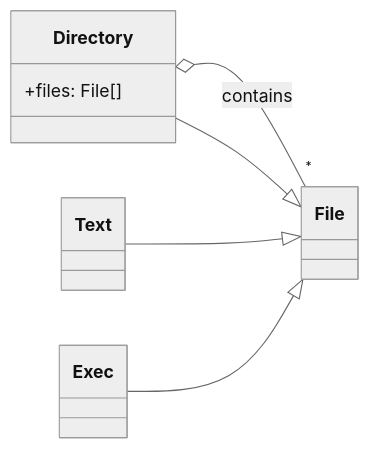
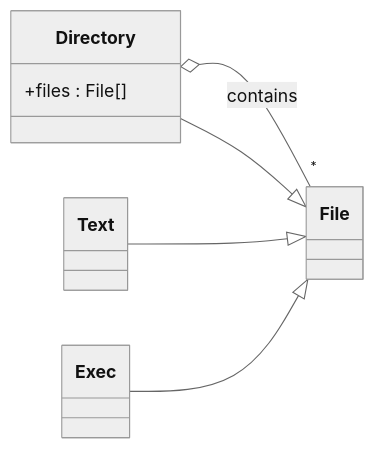
One commit to hanggrian/IIT-CS586 changed the second of 13 diagrams in oo_design_patterns.md. Above: the diagram before and after it, drawn with Mermaid (neutral theme). The commit also changed other lines of this file and 13 other files, not shown here.

````diff
--- a/oo_design_patterns.md
+++ b/oo_design_patterns.md
@@ -36,11 +38,11 @@
 ```mermaid
 classDiagram
   direction LR
   class Directory {
-    +files: File[]
+    +files : File[]
   }
   Directory o-- "*" File : contains
   Directory --|> File
   Text --|> File
   Exec --|> File
 ```
````
